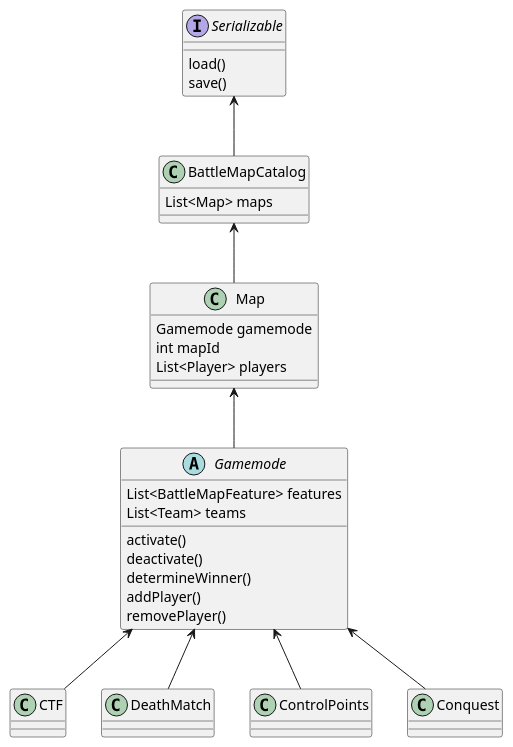
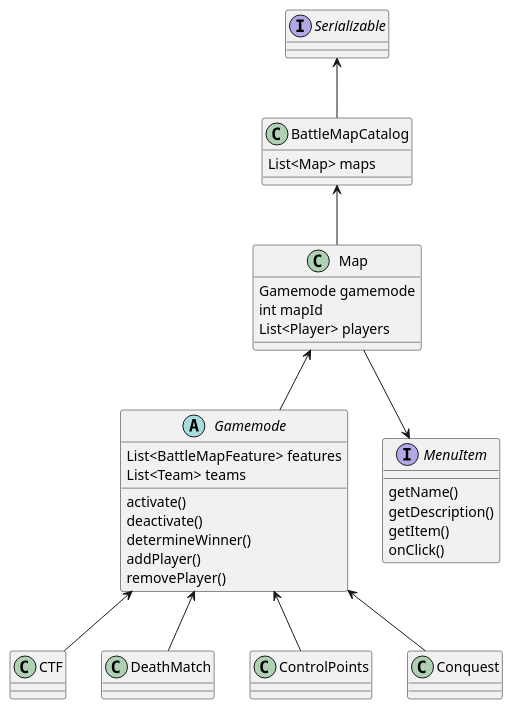
The second of 2 diagrams in TechnicalDesign_Game.md (AbelTil-RUG/BattleMap3), drawn with PlantUML before and after one commit. The commit also changed other lines of this file and 17 other files, not shown here.

````diff
--- a/TechnicalDesign_Game.md
+++ b/TechnicalDesign_Game.md
@@ -60,62 +60,68 @@
 ```plantuml
 @startuml
 
 interface Gamemode
 interface Serializable {
-    load()
-    save()
 }
 
 class BattleMapCatalog {
     List<Map> maps
+}
+
+interface MenuItem {
+    getName()
+    getDescription()
+    getItem()
+    onClick()
 }
 
 class Map {
     Gamemode gamemode
     int mapId
     List<Player> players
 }
 
 
 abstract Gamemode {
     List<BattleMapFeature> features
     List<Team> teams
 
     
     activate()
     deactivate()
     determineWinner()
     addPlayer()
     removePlayer()
 }
 
 class CTF {
 
 }
 
 class DeathMatch {
 
 }
 
 class ControlPoints {
 
 }
 
 class Conquest {
 
 }
 
 Serializable <-- BattleMapCatalog
 BattleMapCatalog <-- Map
 Map <-- Gamemode
+Map --> MenuItem
 
 Gamemode <-- DeathMatch
 Gamemode <-- ControlPoints
 Gamemode <-- Conquest
 Gamemode <-- CTF
 
 
 
 
 @enduml
 ```
````
